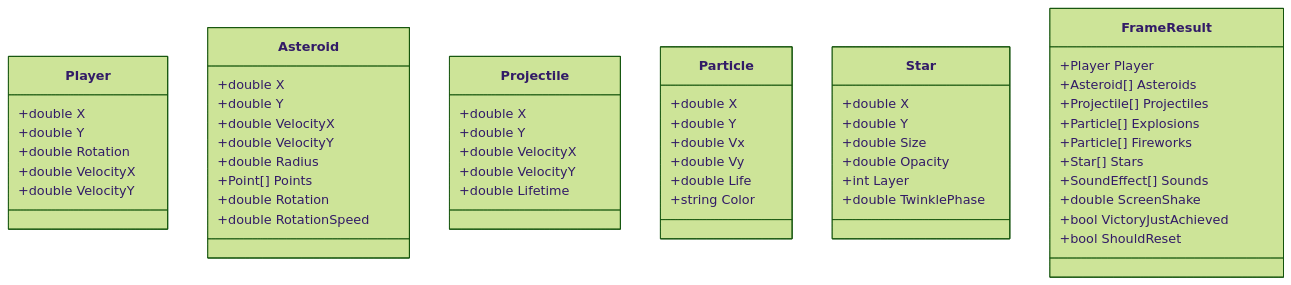
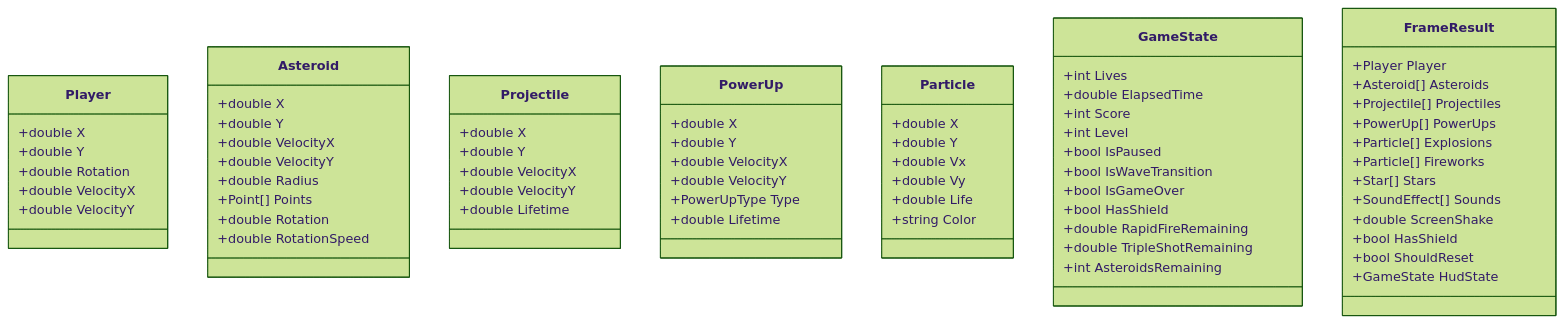
Before and after one commit to psoszynski/asteroids_blazor: the fourth of 4 diagrams in ARCHITECTURE.md, drawn with Mermaid (forest theme). The commit also changed other lines of this file and 11 other files, not shown here.

Commit message:
feat: sort leaderboard by top score, display score with survival time in brackets, and add comprehensive .gitignore

````diff
--- a/ARCHITECTURE.md
+++ b/ARCHITECTURE.md
@@ -187,55 +192,70 @@
 ```mermaid
 classDiagram
     class Player {
         +double X
         +double Y
         +double Rotation
         +double VelocityX
         +double VelocityY
     }
     class Asteroid {
         +double X
         +double Y
         +double VelocityX
         +double VelocityY
         +double Radius
         +Point[] Points
         +double Rotation
         +double RotationSpeed
     }
     class Projectile {
         +double X
         +double Y
         +double VelocityX
         +double VelocityY
         +double Lifetime
     }
+    class PowerUp {
+        +double X
+        +double Y
+        +double VelocityX
+        +double VelocityY
+        +PowerUpType Type
+        +double Lifetime
+    }
     class Particle {
         +double X
         +double Y
         +double Vx
         +double Vy
         +double Life
         +string Color
     }
-    class Star {
-        +double X
-        +double Y
-        +double Size
-        +double Opacity
-        +int Layer
-        +double TwinklePhase
+    class GameState {
+        +int Lives
+        +double ElapsedTime
+        +int Score
+        +int Level
+        +bool IsPaused
+        +bool IsWaveTransition
+        +bool IsGameOver
+        +bool HasShield
+        +double RapidFireRemaining
+        +double TripleShotRemaining
+        +int AsteroidsRemaining
     }
     class FrameResult {
         +Player Player
         +Asteroid[] Asteroids
         +Projectile[] Projectiles
+        +PowerUp[] PowerUps
         +Particle[] Explosions
         +Particle[] Fireworks
         +Star[] Stars
         +SoundEffect[] Sounds
         +double ScreenShake
-        +bool VictoryJustAchieved
+        +bool HasShield
         +bool ShouldReset
+        +GameState HudState
     }
 ```
````
